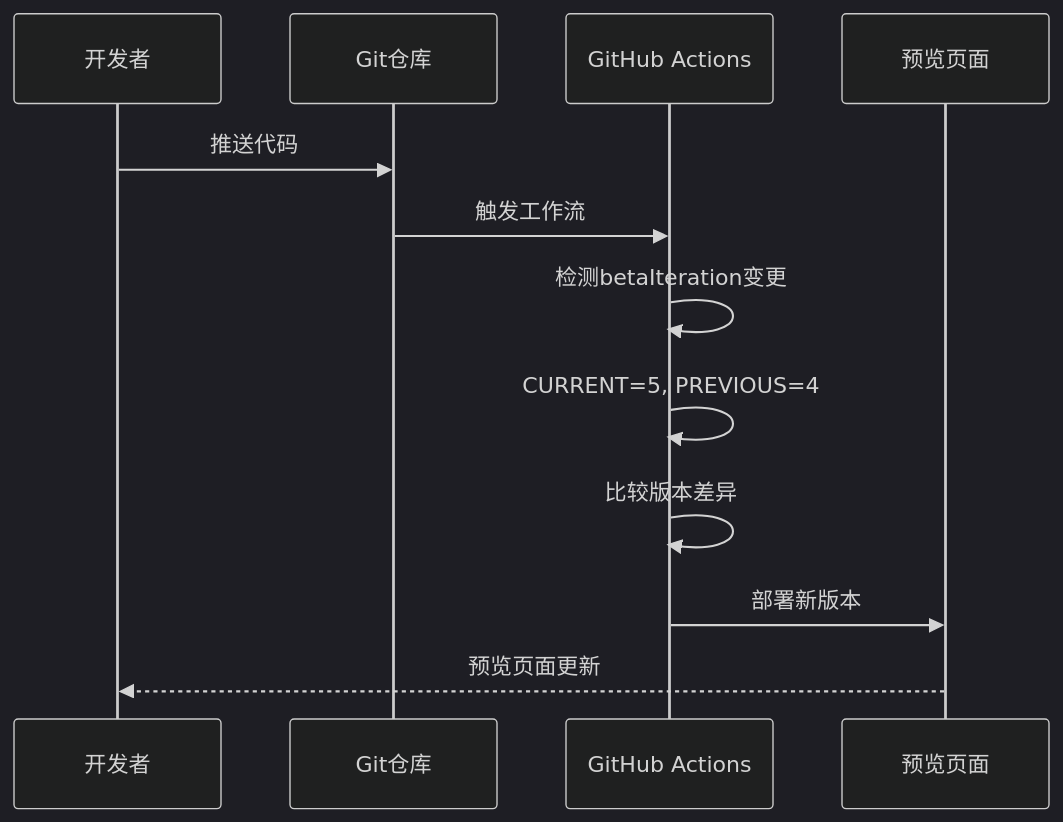
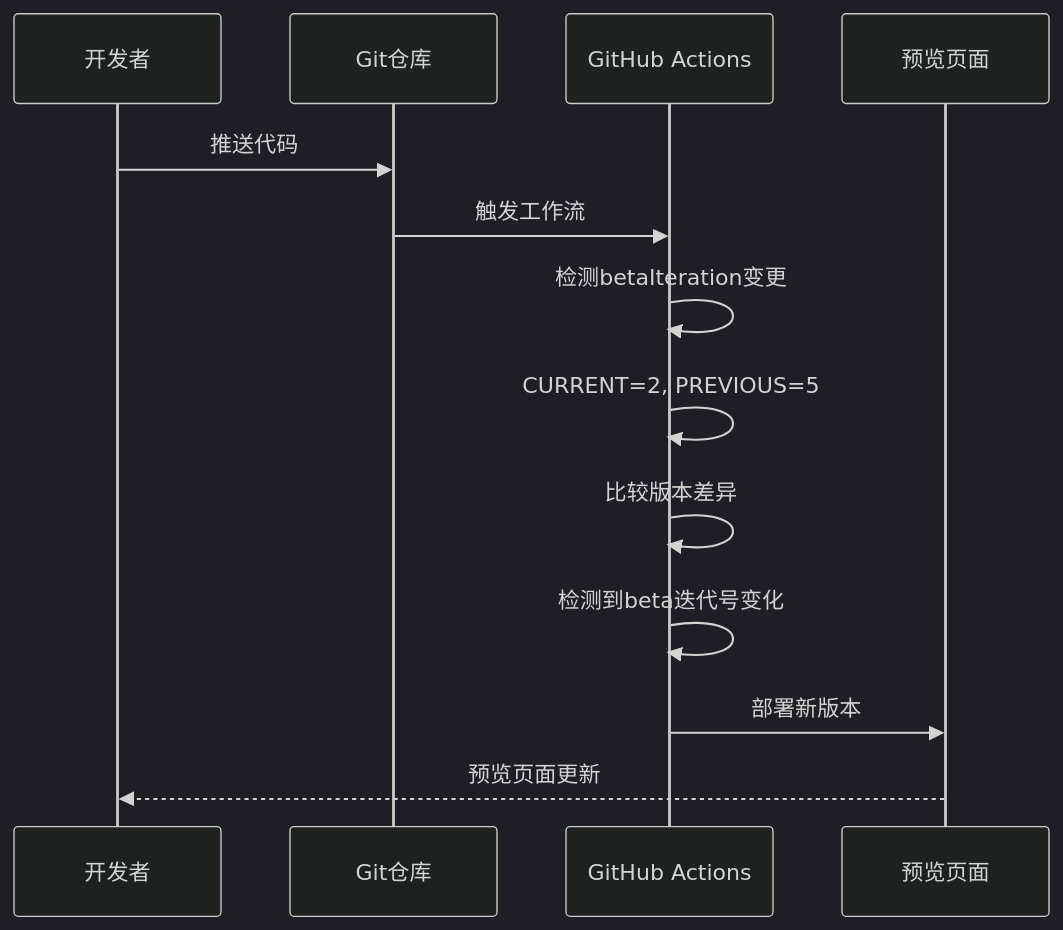
Before and after one commit to kqcoxn/MaaPipelineEditor: diagram 17 of 17 in .qoder/repowiki/zh/content/Config Store.md, drawn with Mermaid (dark theme). The commit also changed other lines of this file and 8 other files, not shown here.

````diff
--- a/.qoder/repowiki/zh/content/Config Store.md
+++ b/.qoder/repowiki/zh/content/Config Store.md
@@ -848,14 +848,15 @@
 ```mermaid
 sequenceDiagram
 participant Dev as 开发者
 participant Repo as Git仓库
 participant Actions as GitHub Actions
 participant Preview as 预览页面
 Dev->>Repo : 推送代码
 Repo->>Actions : 触发工作流
 Actions->>Actions : 检测betaIteration变更
-Actions->>Actions : CURRENT=5, PREVIOUS=4
+Actions->>Actions : CURRENT=2, PREVIOUS=5
 Actions->>Actions : 比较版本差异
+Actions->>Actions : 检测到beta迭代号变化
 Actions->>Preview : 部署新版本
 Preview-->>Dev : 预览页面更新
 ```
````
